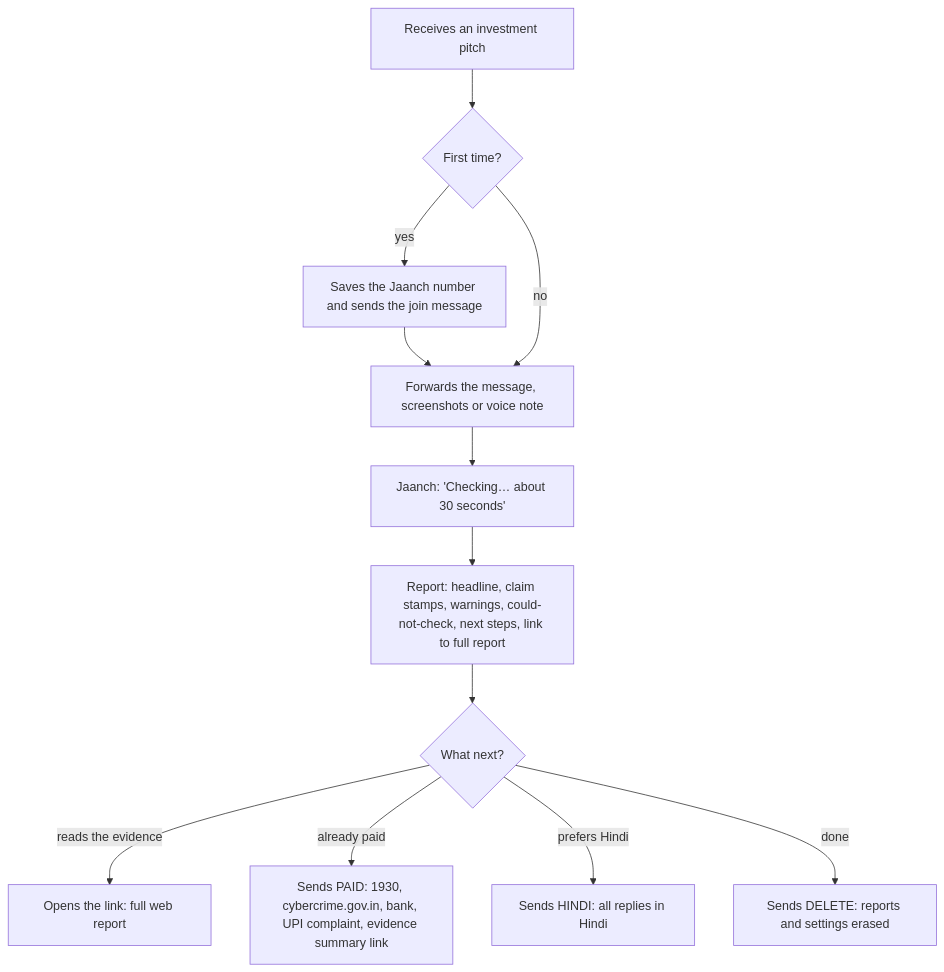
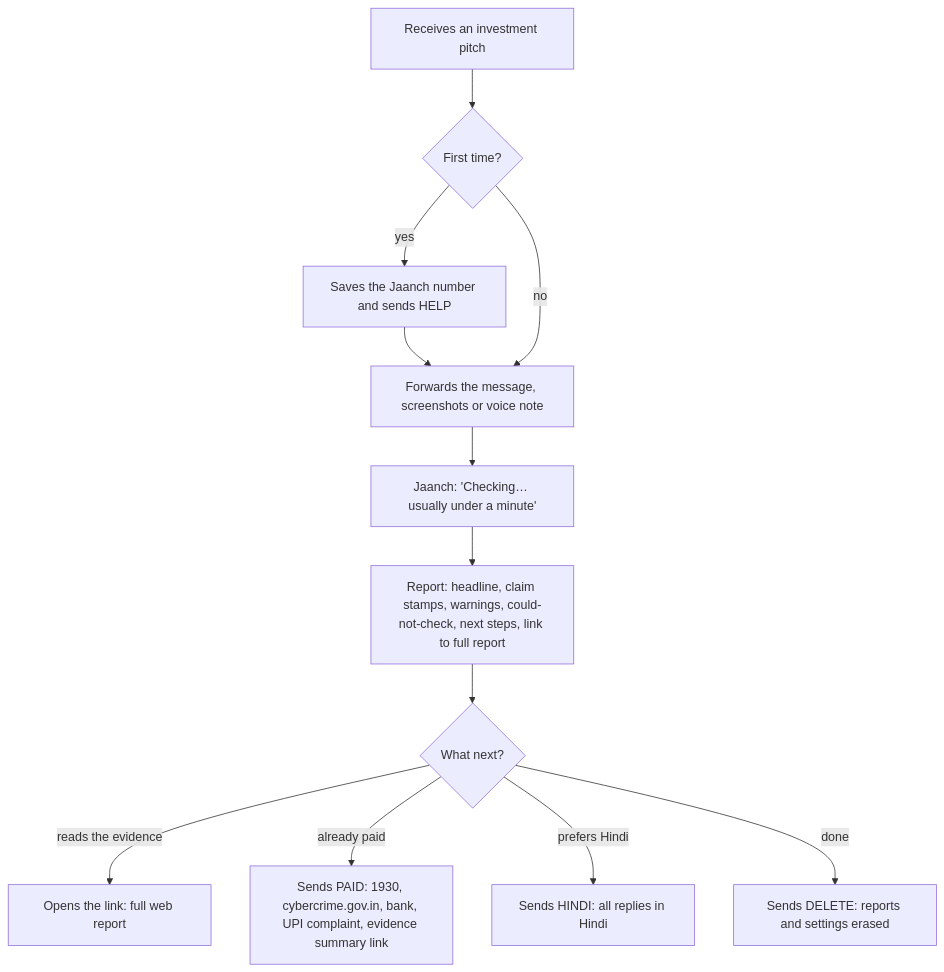
Before and after one commit to Anushika06/Jaanch: the first of 2 diagrams in docs/user-workflow.md, drawn with Mermaid. The commit also changed other lines of this file and 37 other files, not shown here.

````diff
--- a/docs/user-workflow.md
+++ b/docs/user-workflow.md
@@ -5,14 +5,14 @@
 ```mermaid
 flowchart TD
   A[Receives an investment pitch] --> B{First time?}
-  B -- yes --> C[Saves the Jaanch number and sends the join message]
+  B -- yes --> C[Saves the Jaanch number and sends HELP]
   C --> D[Forwards the message, screenshots or voice note]
   B -- no --> D
-  D --> E["Jaanch: 'Checking… about 30 seconds'"]
+  D --> E["Jaanch: 'Checking… usually under a minute'"]
   E --> F[Report: headline, claim stamps, warnings, could-not-check, next steps, link to full report]
   F --> G{What next?}
   G -- reads the evidence --> H[Opens the link: full web report]
   G -- already paid --> I["Sends PAID: 1930, cybercrime.gov.in, bank, UPI complaint, evidence summary link"]
   G -- prefers Hindi --> J[Sends HINDI: all replies in Hindi]
   G -- done --> K[Sends DELETE: reports and settings erased]
 ```
````
